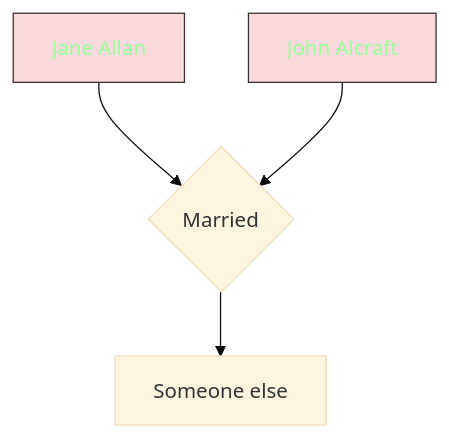
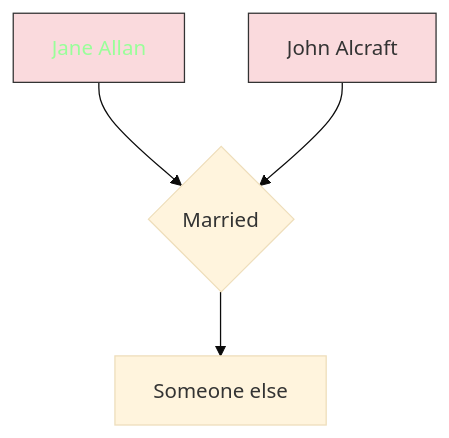
Before and after one commit to RachelAlcraft/family-tree: the diagram in docs/index.md, drawn with Mermaid (base theme).

````diff
--- a/docs/index.md
+++ b/docs/index.md
@@ -6,10 +6,10 @@
 ``` mermaid
 flowchart TD  
   JA1[Jane Allan] --> JAJA{Married};
   JA2[John Alcraft] --> JAJA{Married};
   JAJA -->D[Someone else];  
   style JA1 fill:#FADADD,stroke:#333,stroke-width:1px,color:#99ff99
   click JA1 "jones.md" "JA1"
-  style JA2 fill:#FADADD,stroke:#333,stroke-width:1px,color:#99ff99
+  style JA2 fill:#FADADD,stroke:#333,stroke-width:1px,color:##90d5ff
   click JA2 "jones.md" "JA2"
 ```
````
